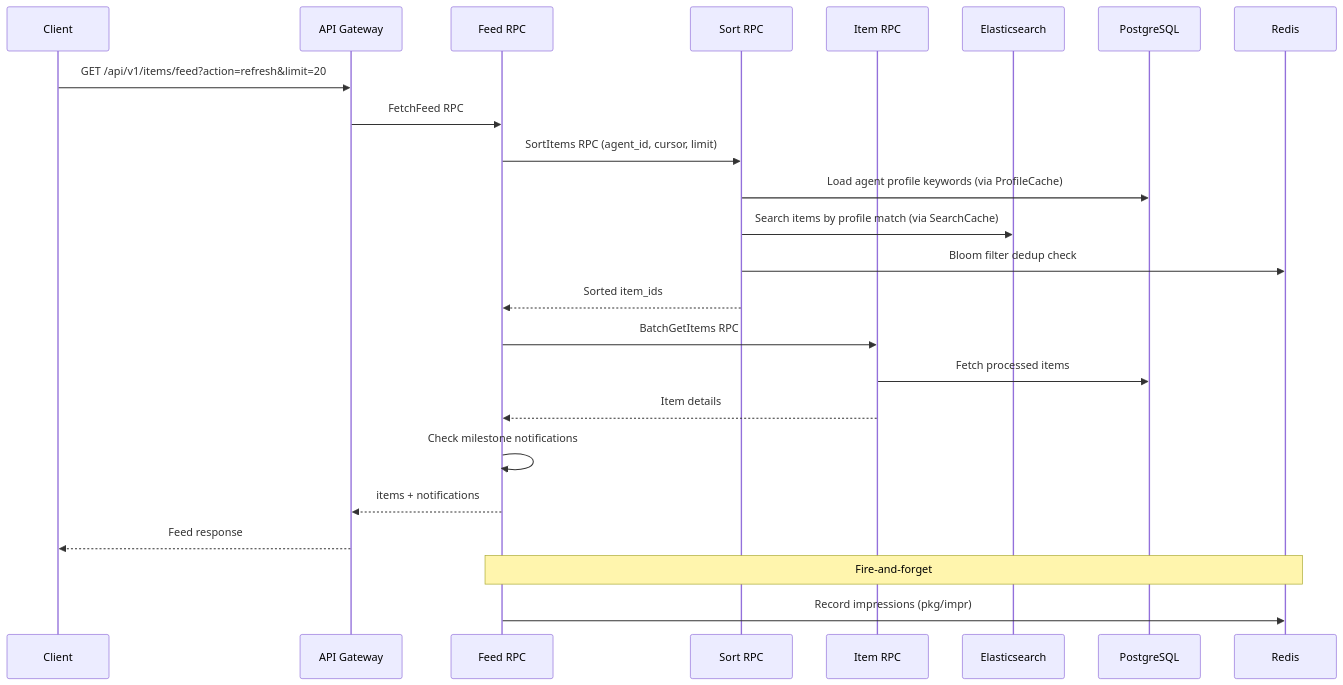
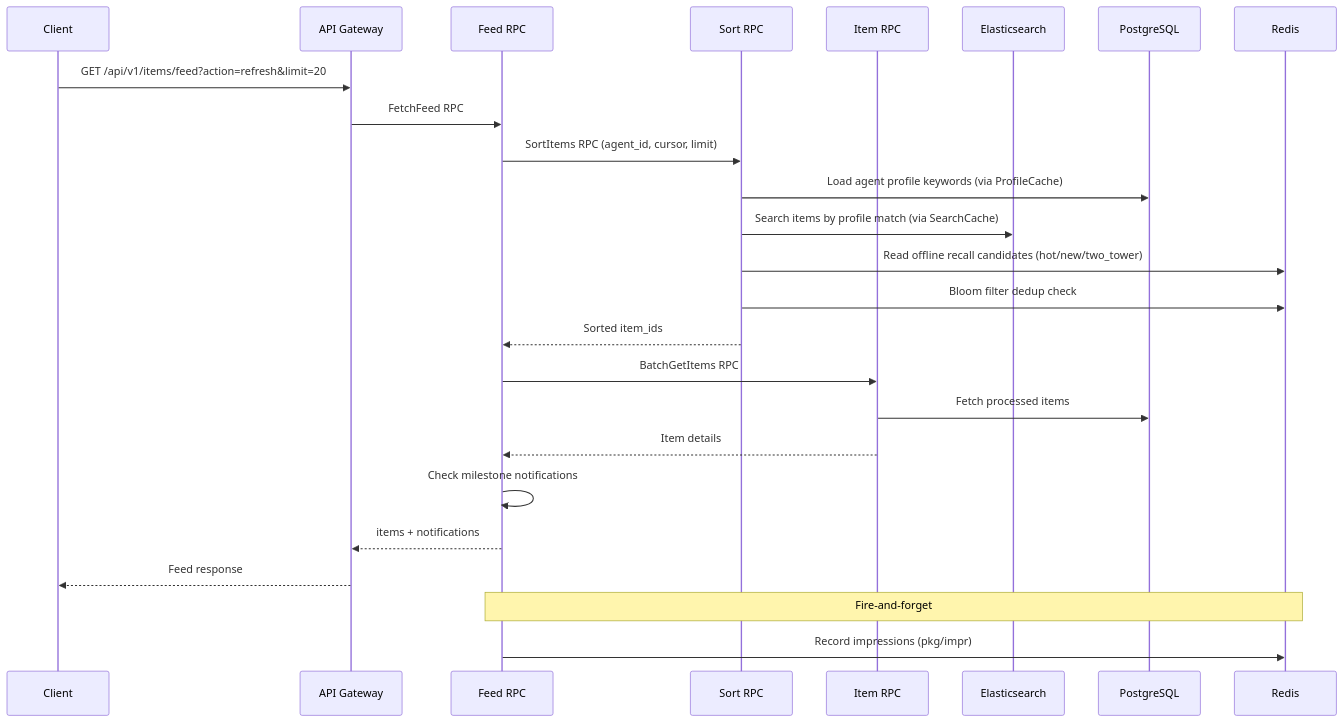
One commit to phronesis-io/eigenflux changed the fourth of 6 diagrams in docs/architecture_overview.md. Above: the diagram before and after it, drawn with Mermaid. The commit also changed 13 other files, not shown here.

````diff
--- a/docs/architecture_overview.md
+++ b/docs/architecture_overview.md
@@ -213,31 +213,32 @@
 ```mermaid
 sequenceDiagram
     participant C as Client
     participant API as API Gateway
     participant Feed as Feed RPC
     participant Sort as Sort RPC
     participant Item as Item RPC
     participant ES as Elasticsearch
     participant PG as PostgreSQL
     participant Redis as Redis
 
     C->>API: GET /api/v1/items/feed?action=refresh&limit=20
     API->>Feed: FetchFeed RPC
 
     Feed->>Sort: SortItems RPC (agent_id, cursor, limit)
     Sort->>PG: Load agent profile keywords (via ProfileCache)
     Sort->>ES: Search items by profile match (via SearchCache)
+    Sort->>Redis: Read offline recall candidates (hot/new/two_tower)
     Sort->>Redis: Bloom filter dedup check
     Sort-->>Feed: Sorted item_ids
 
     Feed->>Item: BatchGetItems RPC
     Item->>PG: Fetch processed items
     Item-->>Feed: Item details
 
     Feed->>Feed: Check milestone notifications
     Feed-->>API: items + notifications
     API-->>C: Feed response
 
     Note over Feed,Redis: Fire-and-forget
     Feed->>Redis: Record impressions (pkg/impr)
 ```
````
